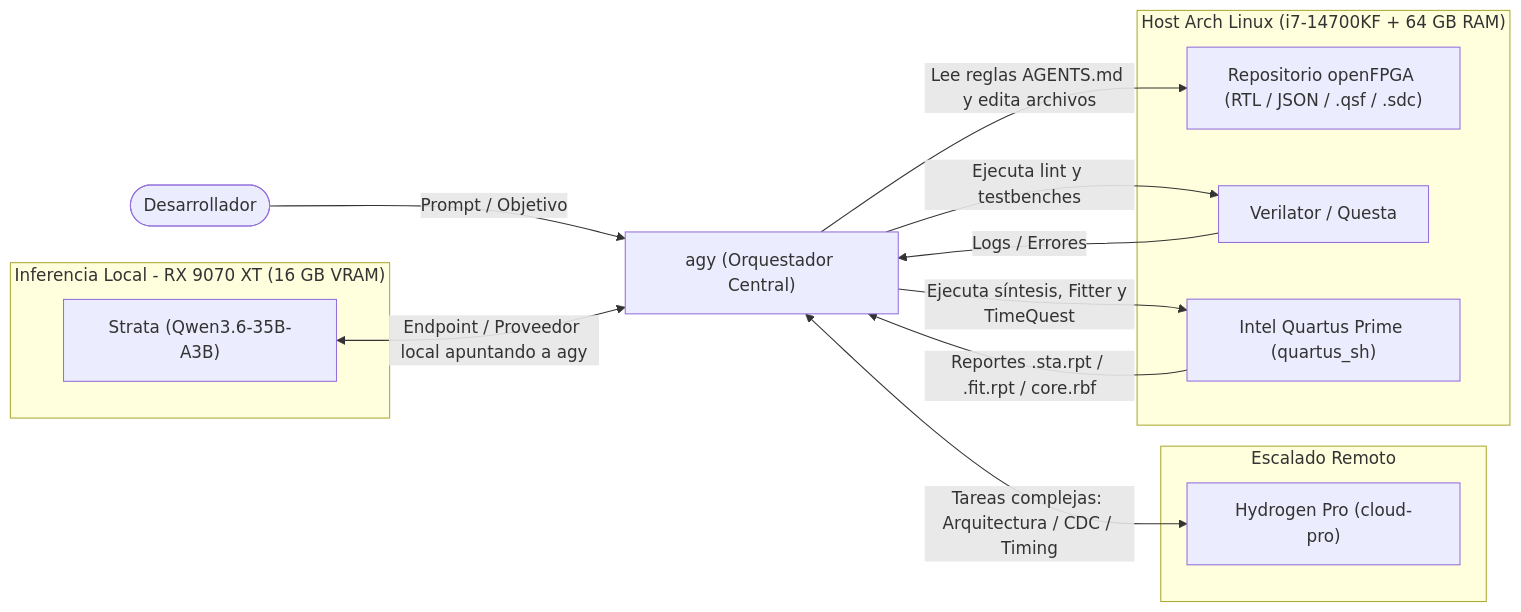
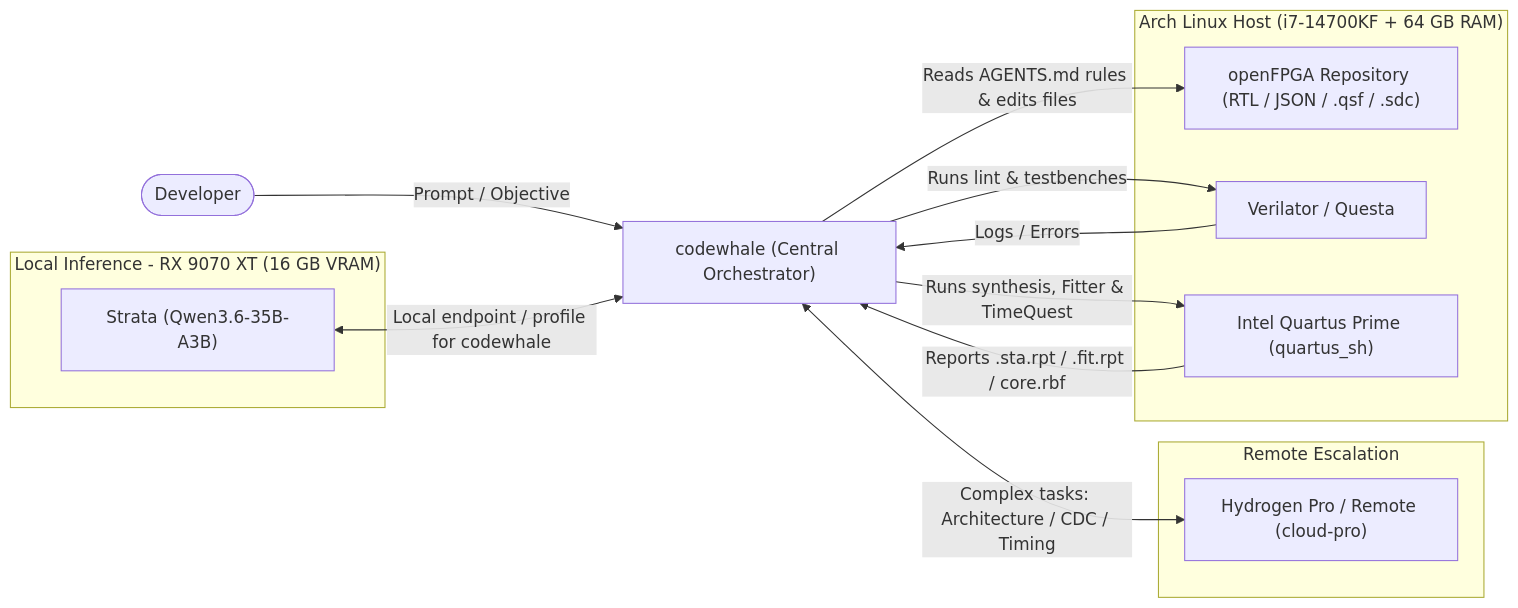
One commit to DanimanX/9070FpgaIAWorkflow changed the first of 3 diagrams in docs/ai-fpga-workflow.md. Above: the diagram before and after it, drawn with Mermaid. The commit also changed other lines of this file and 3 other files, not shown here.

Commit message:
Switch orchestrator from agy to codewhale and translate project to English

````diff
--- a/docs/ai-fpga-workflow.md
+++ b/docs/ai-fpga-workflow.md
@@ -11,26 +11,26 @@
 ```mermaid
 flowchart LR
-    Dev(["Desarrollador"]) -->|"Prompt / Objetivo"| Agy["agy (Orquestador Central)"]
+    Dev(["Developer"]) -->|"Prompt / Objective"| CW["codewhale (Central Orchestrator)"]
 
-    subgraph LocalGPU["Inferencia Local - RX 9070 XT (16 GB VRAM)"]
+    subgraph LocalGPU["Local Inference - RX 9070 XT (16 GB VRAM)"]
         Strata["Strata (Qwen3.6-35B-A3B)"]
     end
 
-    subgraph CloudAPI["Escalado Remoto"]
-        Cloud["Hydrogen Pro (cloud-pro)"]
+    subgraph CloudAPI["Remote Escalation"]
+        Cloud["Hydrogen Pro / Remote (cloud-pro)"]
     end
 
-    subgraph Toolchain["Host Arch Linux (i7-14700KF + 64 GB RAM)"]
-        FS["Repositorio openFPGA (RTL / JSON / .qsf / .sdc)"]
+    subgraph Toolchain["Arch Linux Host (i7-14700KF + 64 GB RAM)"]
+        FS["openFPGA Repository (RTL / JSON / .qsf / .sdc)"]
         Sim["Verilator / Questa"]
         Quartus["Intel Quartus Prime (quartus_sh)"]
     end
 
-    Strata <-->|"Endpoint / Proveedor local apuntando a agy"| Agy
-    Agy <-->|"Tareas complejas: Arquitectura / CDC / Timing"| Cloud
-    Agy -->|"Lee reglas AGENTS.md y edita archivos"| FS
-    Agy -->|"Ejecuta lint y testbenches"| Sim
-    Agy -->|"Ejecuta síntesis, Fitter y TimeQuest"| Quartus
-    Sim -->|"Logs / Errores"| Agy
-    Quartus -->|"Reportes .sta.rpt / .fit.rpt / core.rbf"| Agy
+    Strata <-->|"Local endpoint / profile for codewhale"| CW
+    CW <-->|"Complex tasks: Architecture / CDC / Timing"| Cloud
+    CW -->|"Reads AGENTS.md rules & edits files"| FS
+    CW -->|"Runs lint & testbenches"| Sim
+    CW -->|"Runs synthesis, Fitter & TimeQuest"| Quartus
+    Sim -->|"Logs / Errors"| CW
+    Quartus -->|"Reports .sta.rpt / .fit.rpt / core.rbf"| CW
 ```
````
